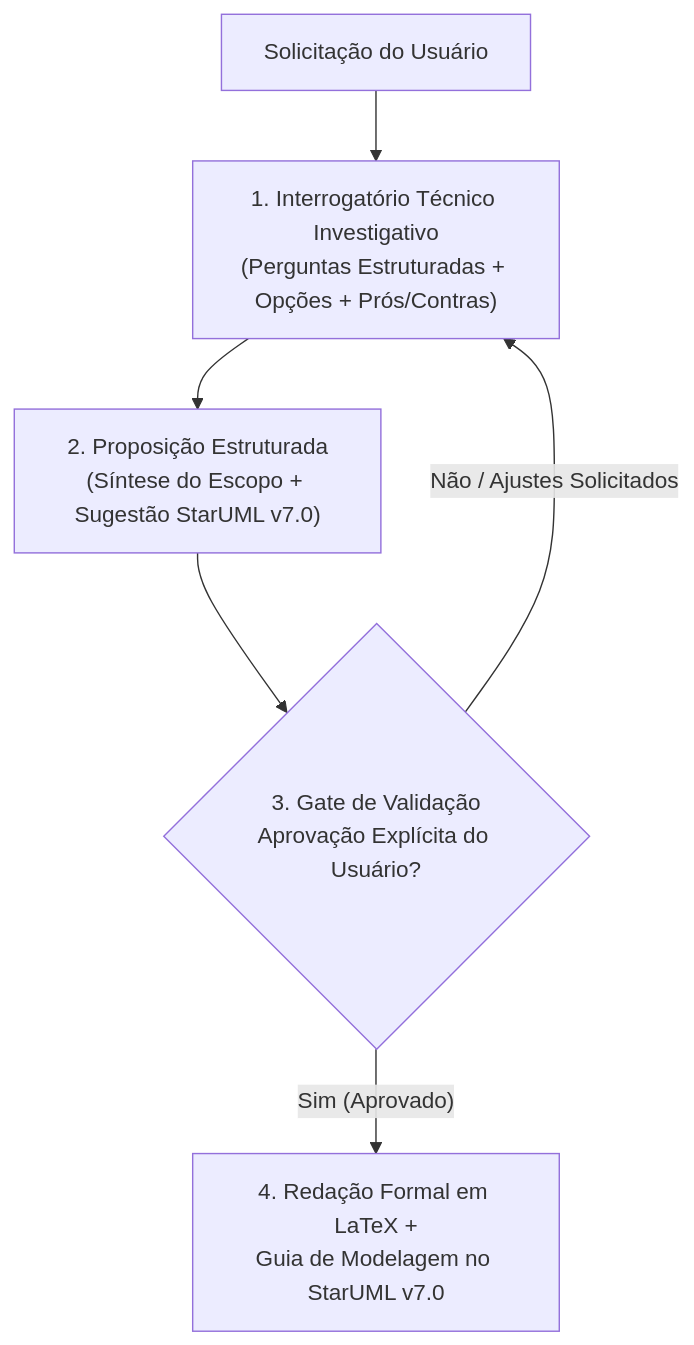
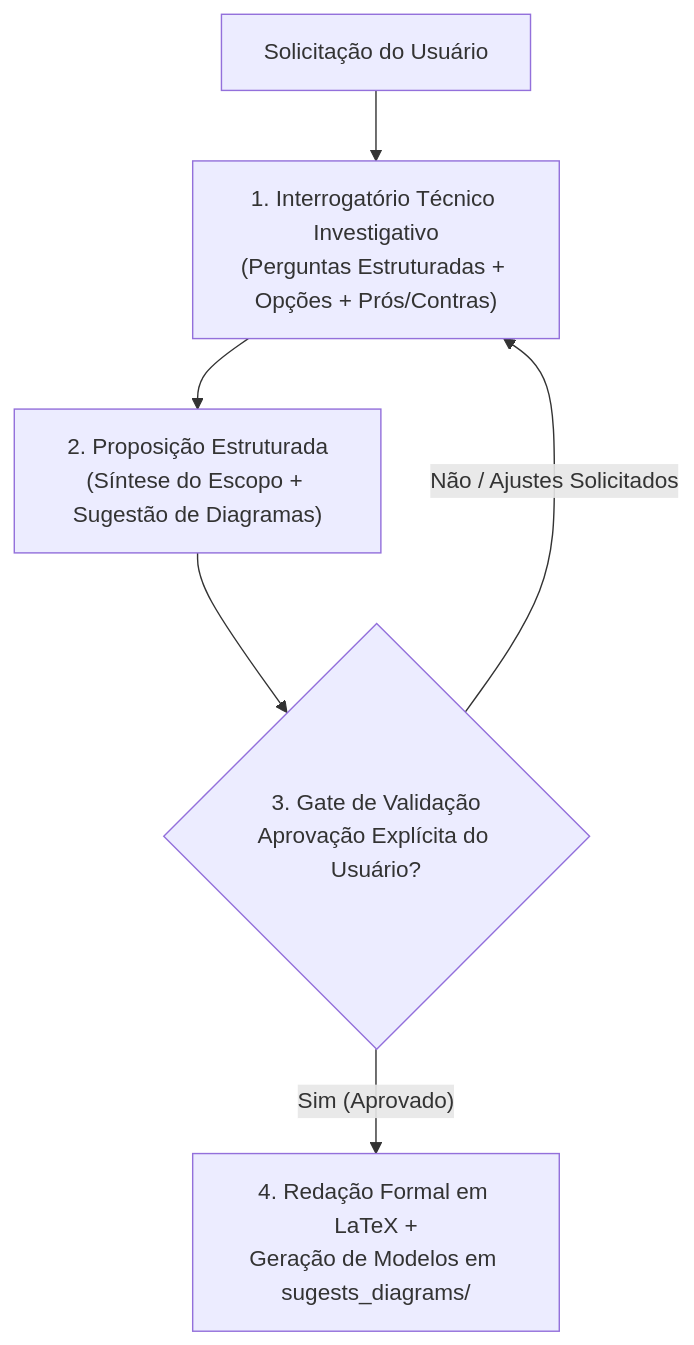
Before and after one commit to diogojandiroba1/Skills_Documentacao: the diagram in AGENTS.md, drawn with Mermaid. The commit also changed other lines of this file and 15 other files, not shown here.

Commit message:
feat: atualizar padrao de tabelas com cabecalho bege, pgfgantt nativo, sugests_diagrams e diretrizes de escopo e sem citacoes nominais

````diff
--- a/AGENTS.md
+++ b/AGENTS.md
@@ -22,8 +27,8 @@
 ```mermaid
 flowchart TD
     A["Solicitação do Usuário"] --> B["1. Interrogatório Técnico Investigativo<br/>(Perguntas Estruturadas + Opções + Prós/Contras)"]
-    B --> C["2. Proposição Estruturada<br/>(Síntese do Escopo + Sugestão StarUML v7.0)"]
+    B --> C["2. Proposição Estruturada<br/>(Síntese do Escopo + Sugestão de Diagramas)"]
     C --> D{"3. Gate de Validação<br/>Aprovação Explícita do Usuário?"}
     D -- "Não / Ajustes Solicitados" --> B
-    D -- "Sim (Aprovado)" --> E["4. Redação Formal em LaTeX +<br/>Guia de Modelagem no StarUML v7.0"]
+    D -- "Sim (Aprovado)" --> E["4. Redação Formal em LaTeX +<br/>Geração de Modelos em sugests_diagrams/"]
 ```
````
